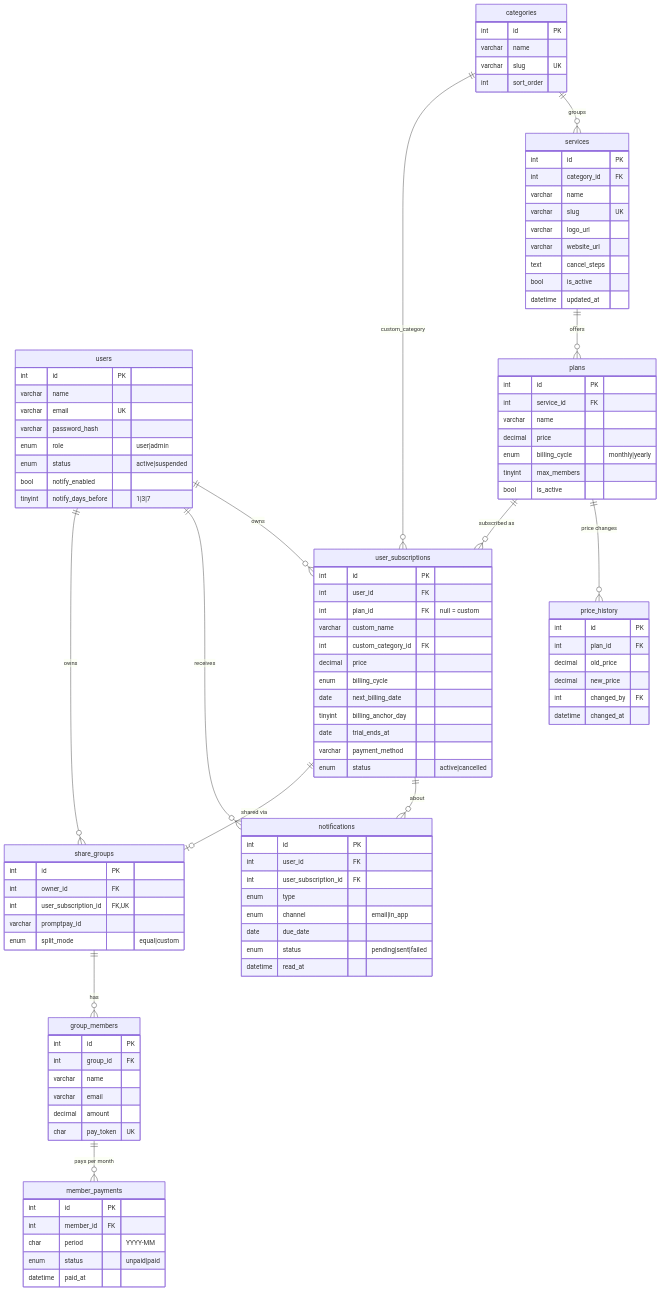
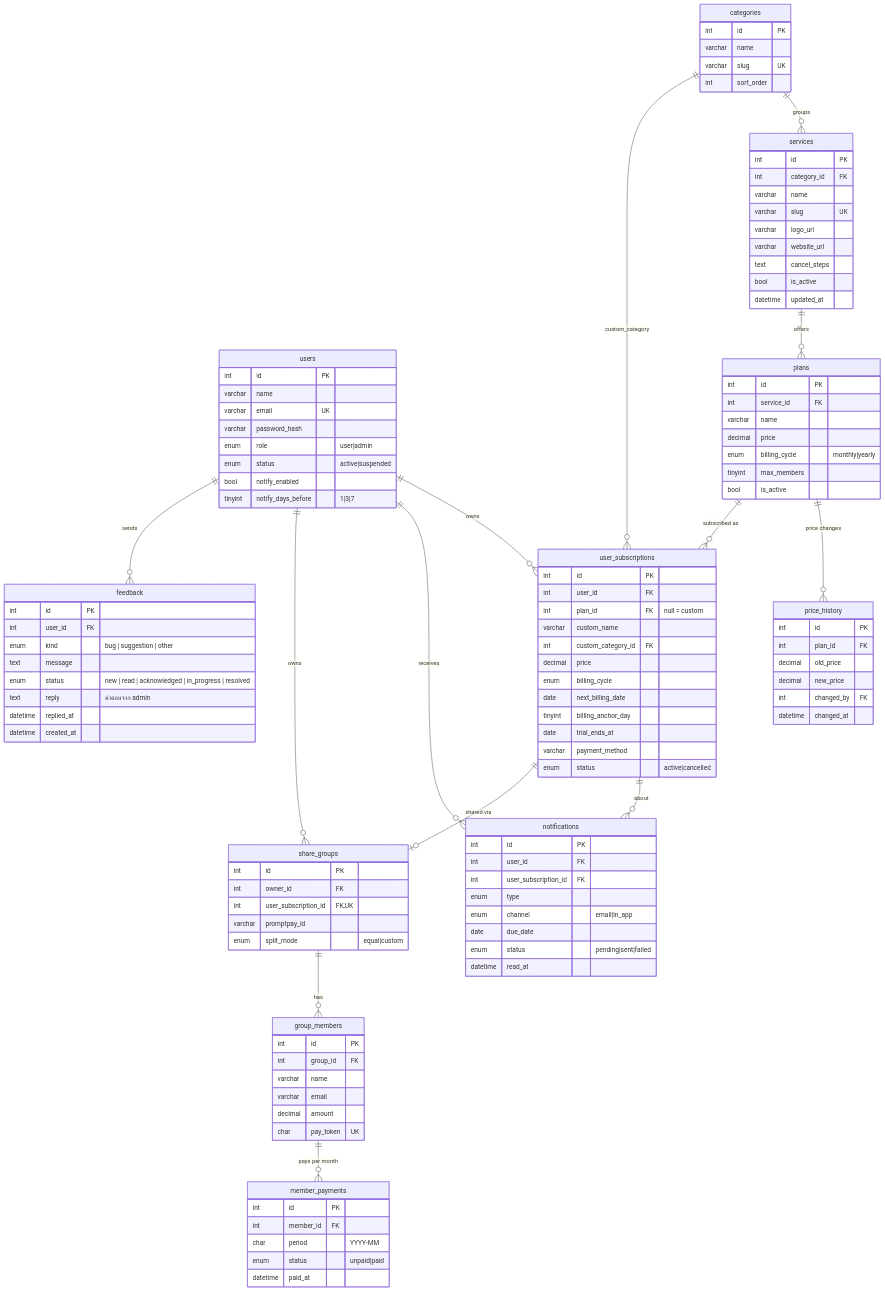
Before and after one commit to faizbenbenyapol/Sub_Website: the diagram in docs/02-architecture.md, drawn with Mermaid. The commit also changed other lines of this file and 160 other files, not shown here.

````diff
--- a/docs/02-architecture.md
+++ b/docs/02-architecture.md
@@ -117,6 +117,7 @@
     user_subscriptions ||--o| share_groups : "shared via"
     share_groups ||--o{ group_members : has
     group_members ||--o{ member_payments : "pays per month"
+    users ||--o{ feedback : "sends"
 
     users {
         int id PK
@@ -208,4 +209,14 @@
         enum status "unpaid|paid"
         datetime paid_at
     }
+    feedback {
+        int id PK
+        int user_id FK
+        enum kind "bug | suggestion | other"
+        text message
+        enum status "new | read | acknowledged | in_progress | resolved"
+        text reply "คำตอบจาก admin"
+        datetime replied_at
+        datetime created_at
+    }
 ```
````
